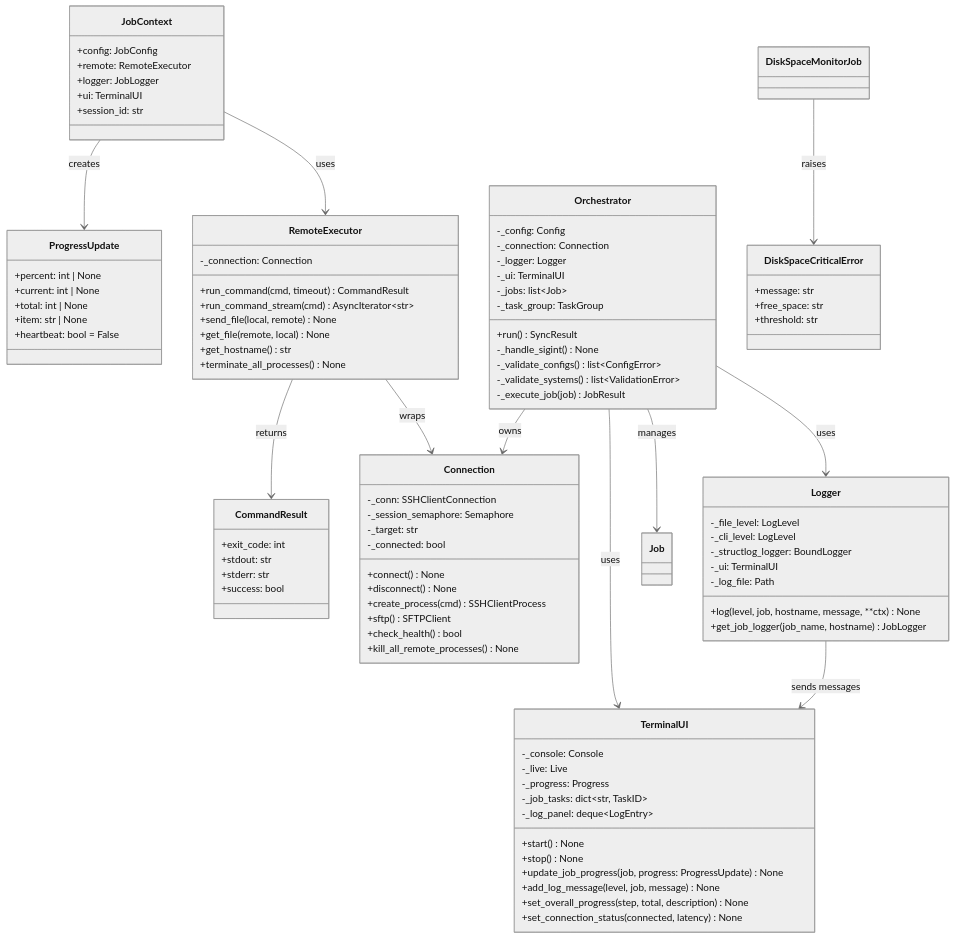
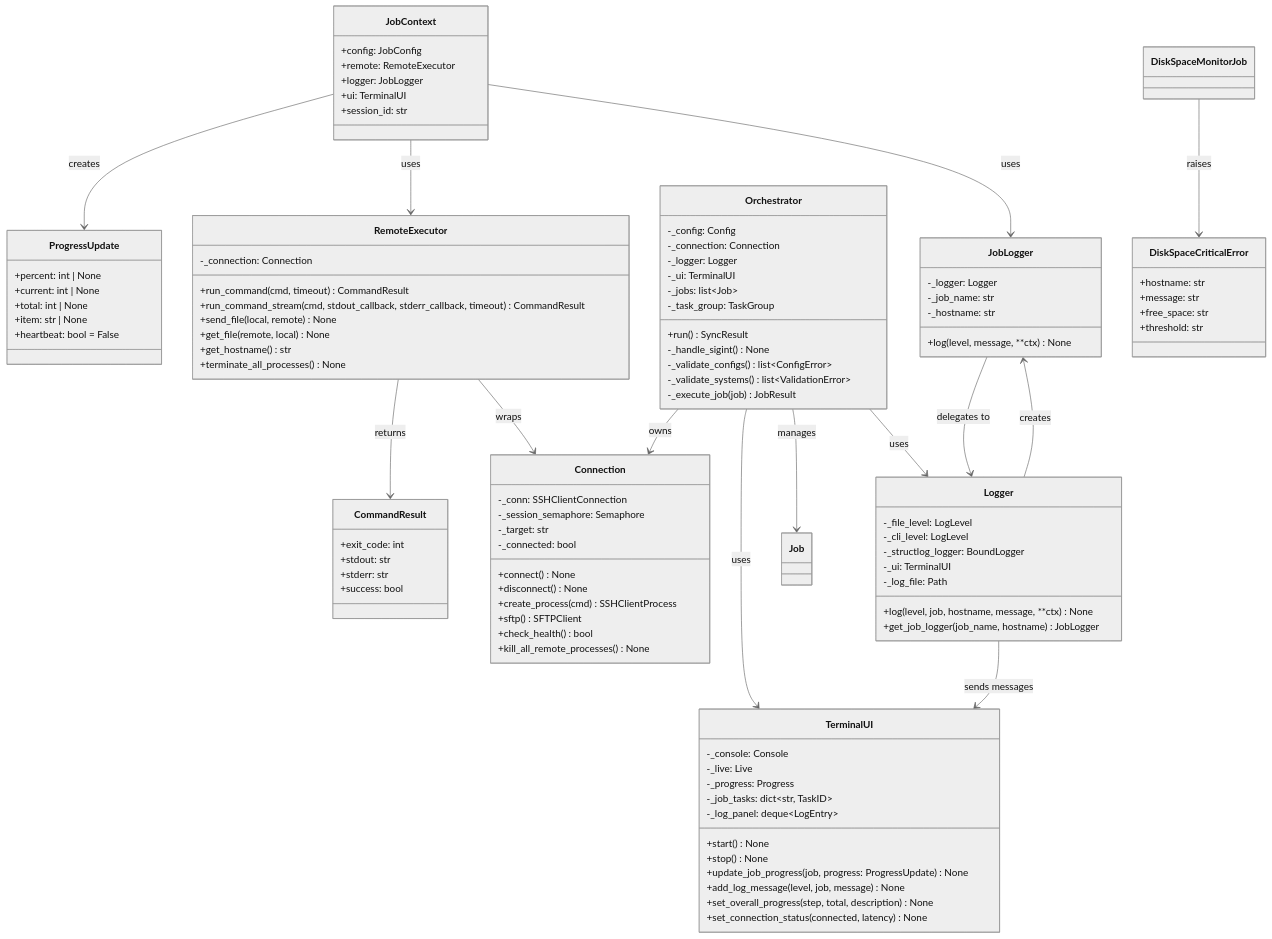
The third of 12 diagrams in specs/001-foundation/architecture-claude.md (flaksit/pc-switcher), drawn with Mermaid (neutral theme) before and after one commit. The commit also changed other lines of this file, not shown here.

````diff
--- a/specs/001-foundation/architecture-claude.md
+++ b/specs/001-foundation/architecture-claude.md
@@ -183,7 +185,7 @@
     class RemoteExecutor {
         -_connection: Connection
         +run_command(cmd, timeout) CommandResult
-        +run_command_stream(cmd) AsyncIterator~str~
+        +run_command_stream(cmd, stdout_callback, stderr_callback, timeout) CommandResult
         +send_file(local, remote) None
         +get_file(remote, local) None
         +get_hostname() str
@@ -227,6 +229,13 @@
         +get_job_logger(job_name, hostname) JobLogger
     }
 
+    class JobLogger {
+        -_logger: Logger
+        -_job_name: str
+        -_hostname: str
+        +log(level, message, **ctx) None
+    }
+
     class TerminalUI {
         -_console: Console
         -_live: Live
@@ -242,12 +251,14 @@
     }
 
     class DiskSpaceCriticalError {
+        +hostname: str
         +message: str
         +free_space: str
         +threshold: str
     }
 
     JobContext --> RemoteExecutor : uses
+    JobContext --> JobLogger : uses
     JobContext --> ProgressUpdate : creates
     RemoteExecutor --> Connection : wraps
     RemoteExecutor --> CommandResult : returns
@@ -255,6 +266,8 @@
     Orchestrator --> Logger : uses
     Orchestrator --> TerminalUI : uses
     Orchestrator --> Job : manages
+    Logger --> JobLogger : creates
+    JobLogger --> Logger : delegates to
     Logger --> TerminalUI : sends messages
     DiskSpaceMonitorJob --> DiskSpaceCriticalError : raises
 ```
````
